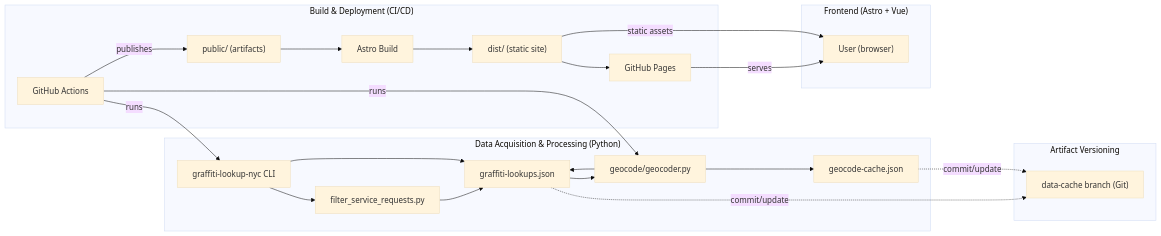
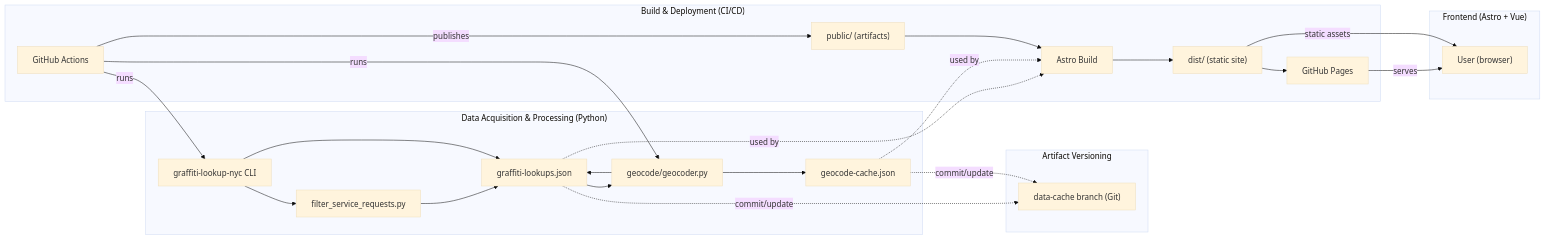
The diagram in README.md (njamaleddine/graffiti-lookup-nyc-web), drawn with Mermaid (base theme) before and after one commit. The commit also changed other lines of this file, not shown here.

````diff
--- a/README.md
+++ b/README.md
@@ -129,34 +130,36 @@
 ```mermaid
 flowchart LR
    subgraph "Data Acquisition & Processing (Python)"
       CLI["graffiti-lookup-nyc CLI"]
       FILTER["filter_service_requests.py"]
       GEOCODE["geocode/geocoder.py"]
       CLI --> FILTER
       FILTER --> LOOKUPS["graffiti-lookups.json"]
       CLI --> LOOKUPS
       LOOKUPS --> GEOCODE
       GEOCODE --> CACHE["geocode-cache.json"]
       GEOCODE --> LOOKUPS
    end
 
    subgraph "Artifact Versioning"
       LOOKUPS -.->|commit/update| DATA_CACHE["data-cache branch (Git)"]
       CACHE -.->|commit/update| DATA_CACHE
    end
 
    subgraph "Build & Deployment (CI/CD)"
       GH_ACTIONS["GitHub Actions"]
       GH_ACTIONS -->|runs| CLI
       GH_ACTIONS -->|runs| GEOCODE
       GH_ACTIONS -->|publishes| PUBLIC["public/ (artifacts)"]
-      PUBLIC --> ASTRO["Astro Build"]
+      LOOKUPS -.->|used by| ASTRO["Astro Build"]
+      CACHE -.->|used by| ASTRO
+      PUBLIC --> ASTRO
       ASTRO --> DIST["dist/ (static site)"]
       DIST --> GH_PAGES["GitHub Pages"]
    end
 
    subgraph "Frontend (Astro + Vue)"
       GH_PAGES -->|serves| USER["User (browser)"]
       DIST -->|static assets| USER
    end
 ```
````
